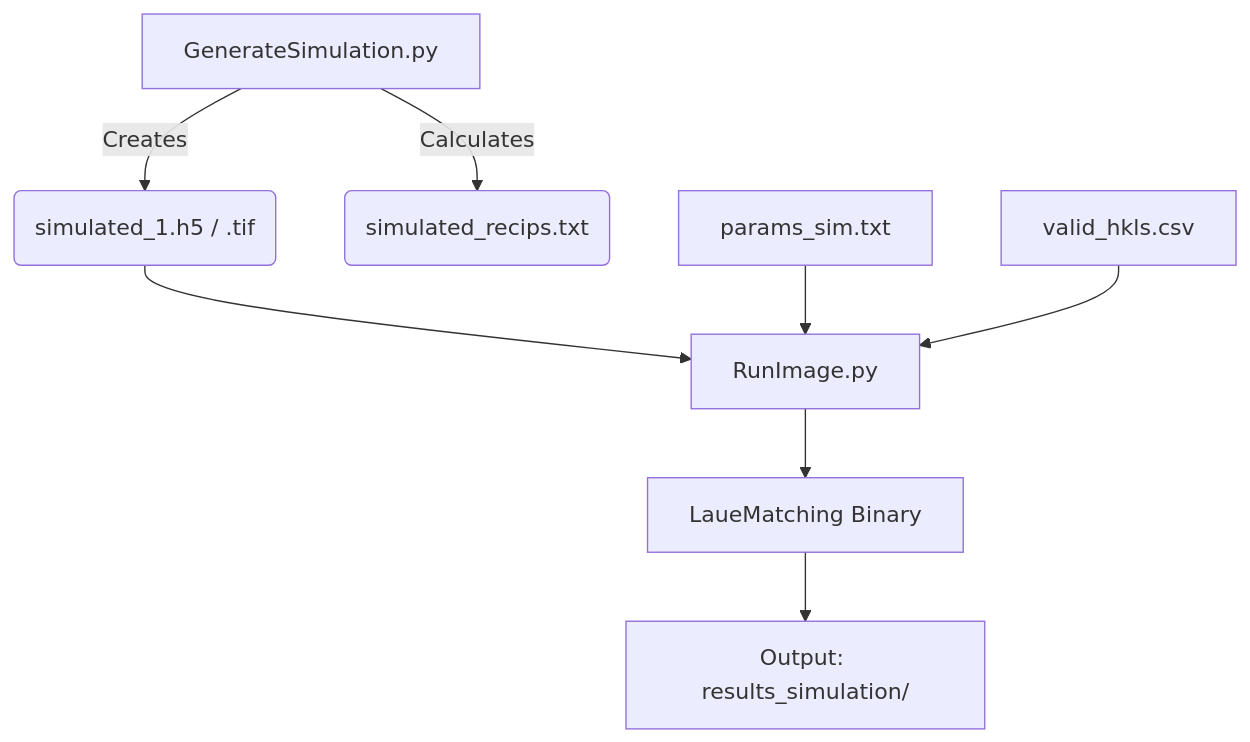
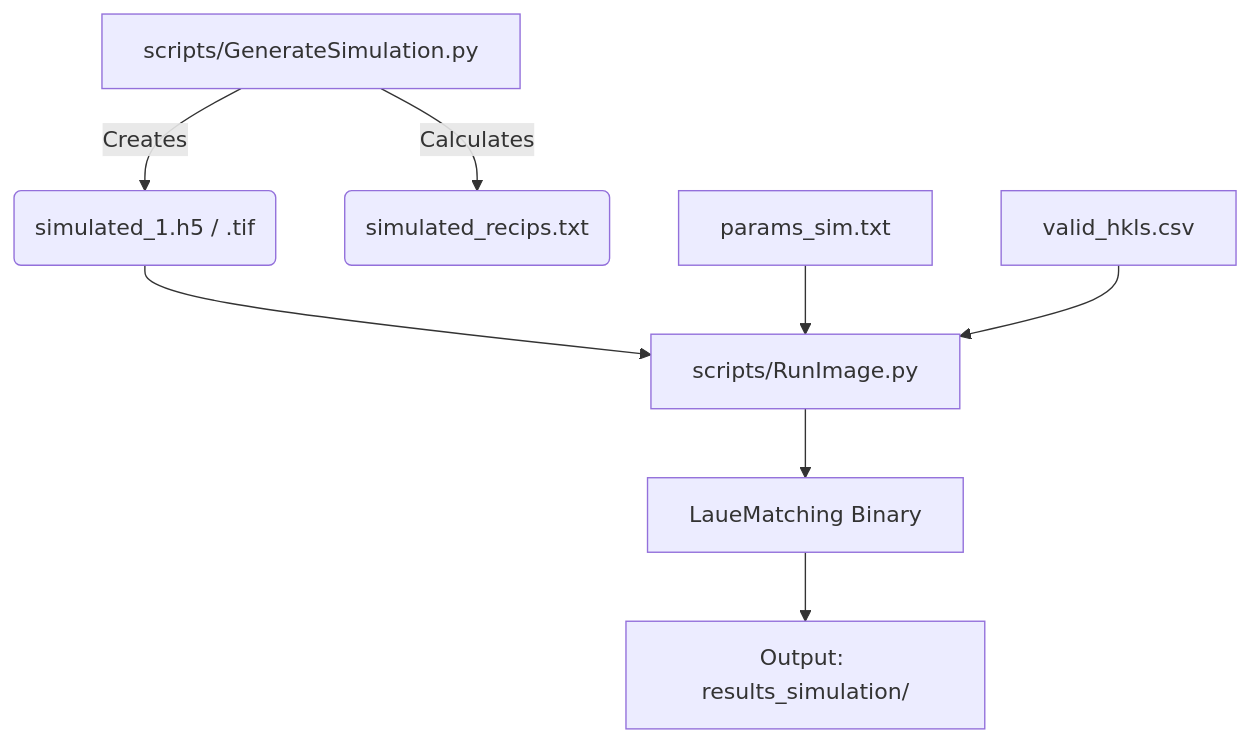
One commit to AdvancedPhotonSource/LaueMatching changed the diagram in simulation/README.md. Above: the diagram before and after it, drawn with Mermaid. The commit also changed other lines of this file and 19 other files, not shown here.

````diff
--- a/simulation/README.md
+++ b/simulation/README.md
@@ -18,12 +18,12 @@
 ```mermaid
 graph TD
-    A[GenerateSimulation.py] -->|Creates| B("simulated_1.h5 / .tif")
+    A["scripts/GenerateSimulation.py"] -->|Creates| B("simulated_1.h5 / .tif")
     A -->|Calculates| C(simulated_recips.txt)
     
-    B --> D[RunImage.py]
+    B --> D["scripts/RunImage.py"]
     E[params_sim.txt] --> D
     F[valid_hkls.csv] --> D
     
     D --> G[LaueMatching Binary]
-    G --> H[Output: results_simulation/]
+    G --> H["Output: results_simulation/"]
 ```
````
